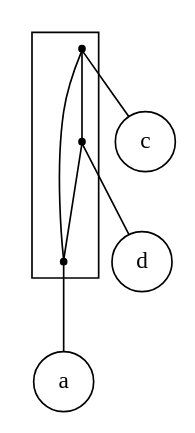
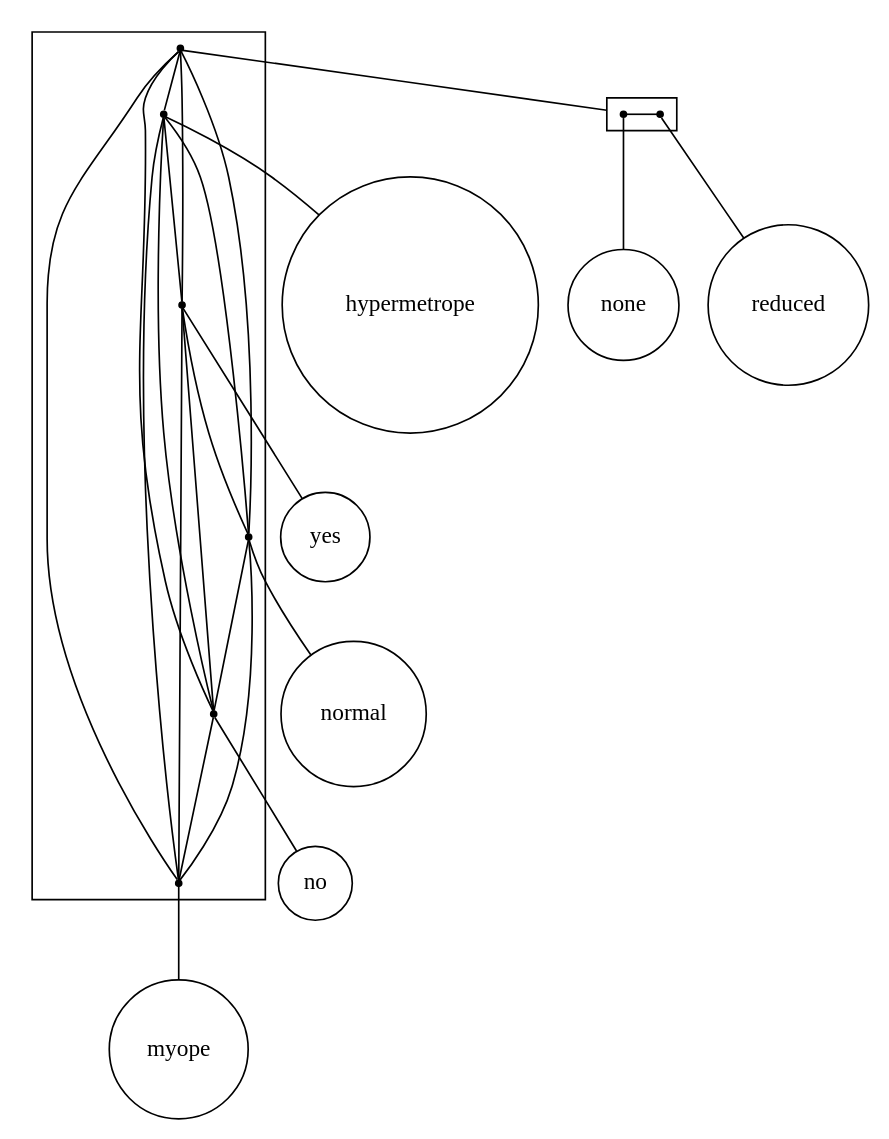
Before and after one commit to lrodrin/TFG: the diagram in src/final/plain_2-structure.dot, drawn with Graphviz. The commit also changed 3 other files, not shown here.

```diff
--- a/src/final/plain_2-structure.dot
+++ b/src/final/plain_2-structure.dot
@@ -1,20 +1,47 @@
 strict digraph "plain_2-structure" {
 compound=true;
 fontname=Verdana;
 fontsize=12;
 newrank=true;
 node [shape=circle];
-c;
-d;
-a;
-subgraph cluster_dbca {
+hypermetrope;
+yes;
+normal;
+no;
+myope;
+none;
+reduced;
+subgraph cluster_yesreducedmyopehypermetropenonenormalno {
 node [shape=point];
-s_c -> s_d  [color=black, arrowhead=none];
-s_c -> s_a  [color=black, arrowhead=none];
-s_d -> s_a  [color=black, arrowhead=none];
+s_nonereduced -> s_hypermetrope  [color=black, arrowhead=none];
+s_nonereduced -> s_yes  [color=black, arrowhead=none];
+s_nonereduced -> s_normal  [color=black, arrowhead=none];
+s_nonereduced -> s_no  [color=black, arrowhead=none];
+s_nonereduced -> s_myope  [color=black, arrowhead=none];
+s_hypermetrope -> s_yes  [color=black, arrowhead=none];
+s_hypermetrope -> s_normal  [color=black, arrowhead=none];
+s_hypermetrope -> s_no  [color=black, arrowhead=none];
+s_hypermetrope -> s_myope  [color=black, arrowhead=none];
+s_yes -> s_normal  [color=black, arrowhead=none];
+s_yes -> s_no  [color=black, arrowhead=none];
+s_yes -> s_myope  [color=black, arrowhead=none];
+s_normal -> s_no  [color=black, arrowhead=none];
+s_normal -> s_myope  [color=black, arrowhead=none];
+s_no -> s_myope  [color=black, arrowhead=none];
 }
 
-s_c -> c  [arrowhead=none];
-s_d -> d  [arrowhead=none];
-s_a -> a  [arrowhead=none];
+subgraph cluster_nonereduced {
+rank=same;
+node [shape=point];
+s_none -> s_reduced  [color=black, arrowhead=none];
 }
+
+s_nonereduced -> s_none  [lhead=cluster_nonereduced, arrowhead=none];
+s_hypermetrope -> hypermetrope  [arrowhead=none];
+s_yes -> yes  [arrowhead=none];
+s_normal -> normal  [arrowhead=none];
+s_no -> no  [arrowhead=none];
+s_myope -> myope  [arrowhead=none];
+s_none -> none  [arrowhead=none];
+s_reduced -> reduced  [arrowhead=none];
+}
```
